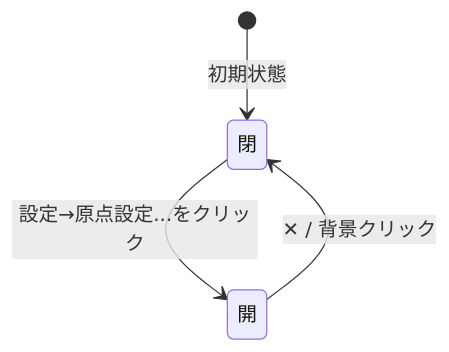
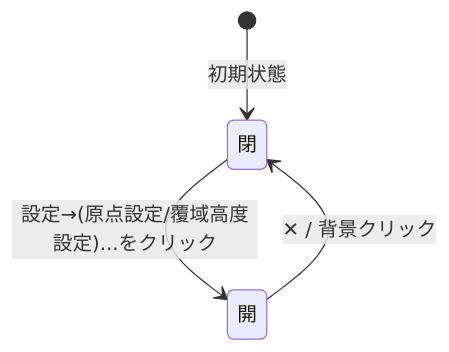
Diagram 17 of 17 in DETAILED_DESIGN.md (ham1a6/SimulationView), drawn with Mermaid before and after one commit. The commit also changed other lines of this file and 8 other files, not shown here.

````diff
--- a/DETAILED_DESIGN.md
+++ b/DETAILED_DESIGN.md
@@ -1295,6 +1308,6 @@
 ```mermaid
 stateDiagram-v2
     [*] --> 閉: 初期状態
-    閉 --> 開: 設定→原点設定...をクリック
+    閉 --> 開: 設定→(原点設定/覆域高度設定)...をクリック
     開 --> 閉: ✕ / 背景クリック
 ```
````
